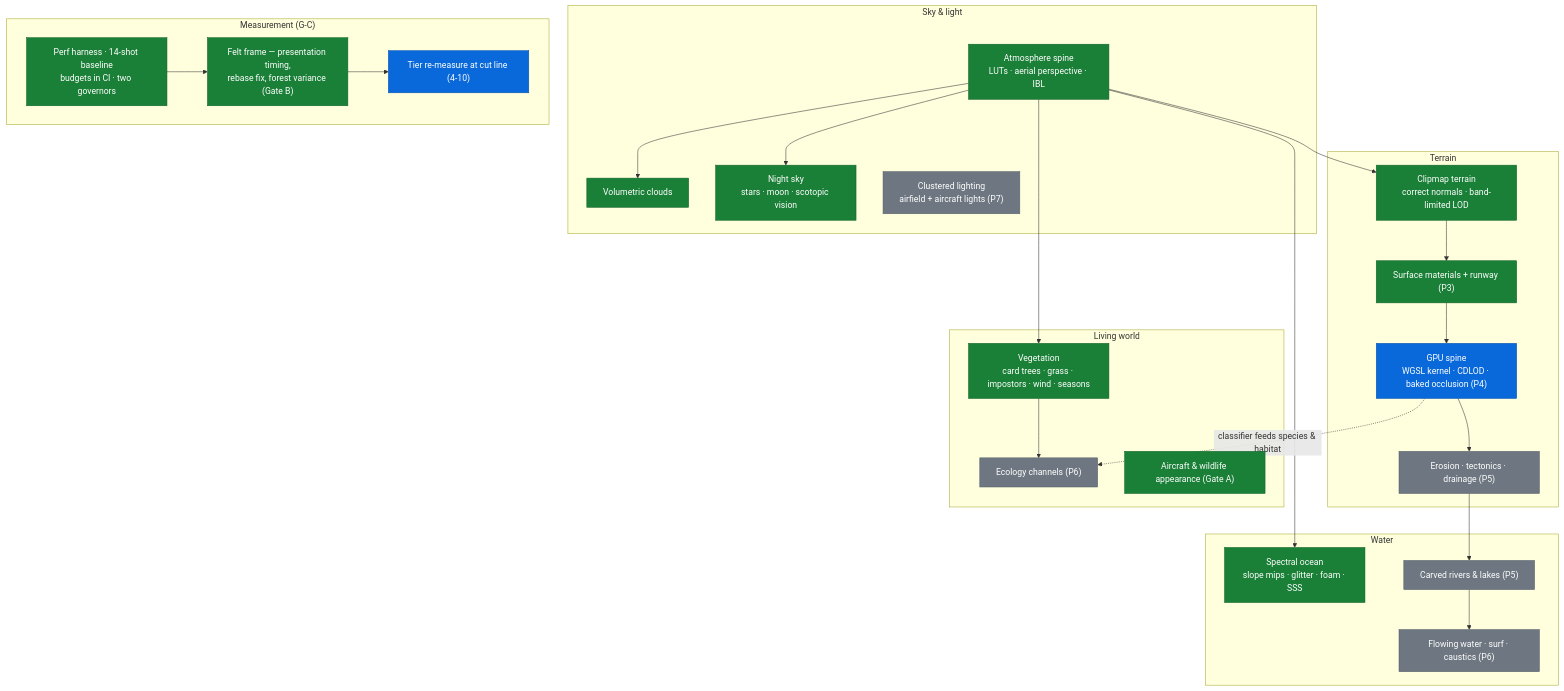
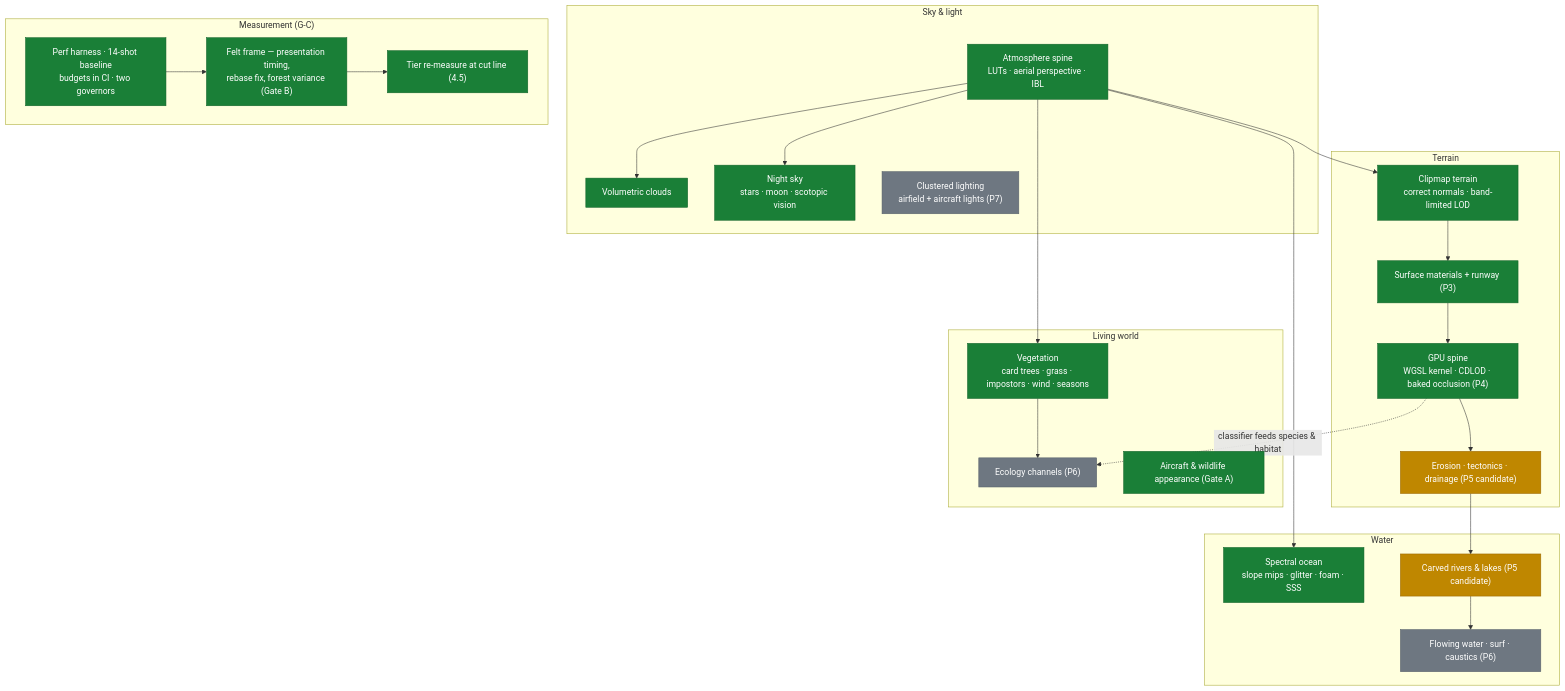
Before and after one commit to jazonshou/fly-high: the second of 2 diagrams in PROJECT_OVERVIEW.md, drawn with Mermaid. The commit also changed other lines of this file and 86 other files, not shown here.

````diff
--- a/PROJECT_OVERVIEW.md
+++ b/PROJECT_OVERVIEW.md
@@ -208,41 +229,42 @@
 ```mermaid
 flowchart TB
     classDef live fill:#1a7f37,stroke:#116329,color:#ffffff
+    classDef candidate fill:#bf8700,stroke:#9a6700,color:#ffffff
     classDef nextp fill:#0969da,stroke:#0550ae,color:#ffffff
     classDef later fill:#6e7781,stroke:#57606a,color:#ffffff
 
     subgraph SKY["Sky & light"]
         ATM["Atmosphere spine<br/>LUTs · aerial perspective · IBL"]:::live
         CLD["Volumetric clouds"]:::live
         NGT["Night sky<br/>stars · moon · scotopic vision"]:::live
         CLL["Clustered lighting<br/>airfield + aircraft lights (P7)"]:::later
     end
     subgraph GROUND["Terrain"]
         TER["Clipmap terrain<br/>correct normals · band-limited LOD"]:::live
         SRF["Surface materials + runway (P3)"]:::live
-        SPN["GPU spine<br/>WGSL kernel · CDLOD · baked occlusion (P4)"]:::nextp
-        ERO["Erosion · tectonics · drainage (P5)"]:::later
+        SPN["GPU spine<br/>WGSL kernel · CDLOD · baked occlusion (P4)"]:::live
+        ERO["Erosion · tectonics · drainage (P5 candidate)"]:::candidate
     end
     subgraph WATER["Water"]
         OCN["Spectral ocean<br/>slope mips · glitter · foam · SSS"]:::live
-        RIV["Carved rivers & lakes (P5)"]:::later
+        RIV["Carved rivers & lakes (P5 candidate)"]:::candidate
         FLW["Flowing water · surf · caustics (P6)"]:::later
     end
     subgraph LIFE["Living world"]
         VEG["Vegetation<br/>card trees · grass · impostors · wind · seasons"]:::live
         ECO["Ecology channels (P6)"]:::later
         ACW["Aircraft & wildlife appearance (Gate A)"]:::live
     end
     subgraph MEAS["Measurement (G-C)"]
         HAR["Perf harness · 14-shot baseline<br/>budgets in CI · two governors"]:::live
         FLT["Felt frame — presentation timing,<br/>rebase fix, forest variance (Gate B)"]:::live
-        TRM["Tier re-measure at cut line (4-10)"]:::nextp
+        TRM["Tier re-measure at cut line (4.5)"]:::live
     end
 
     ATM --> CLD & NGT & OCN & TER & VEG
     TER --> SRF --> SPN --> ERO
     ERO --> RIV --> FLW
     VEG --> ECO
     HAR --> FLT --> TRM
     SPN -.->|"classifier feeds species & habitat"| ECO
 ```
````
